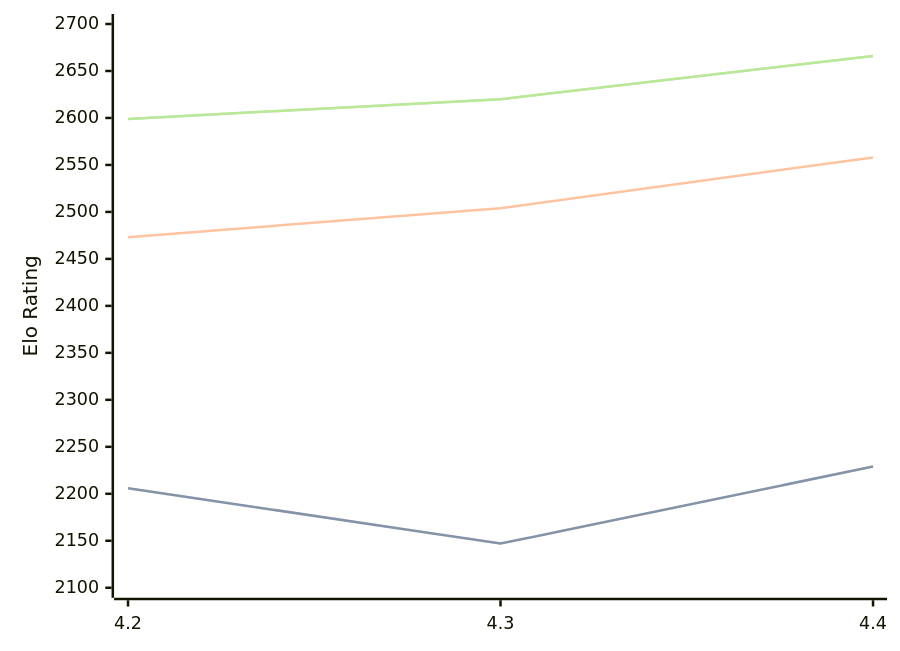
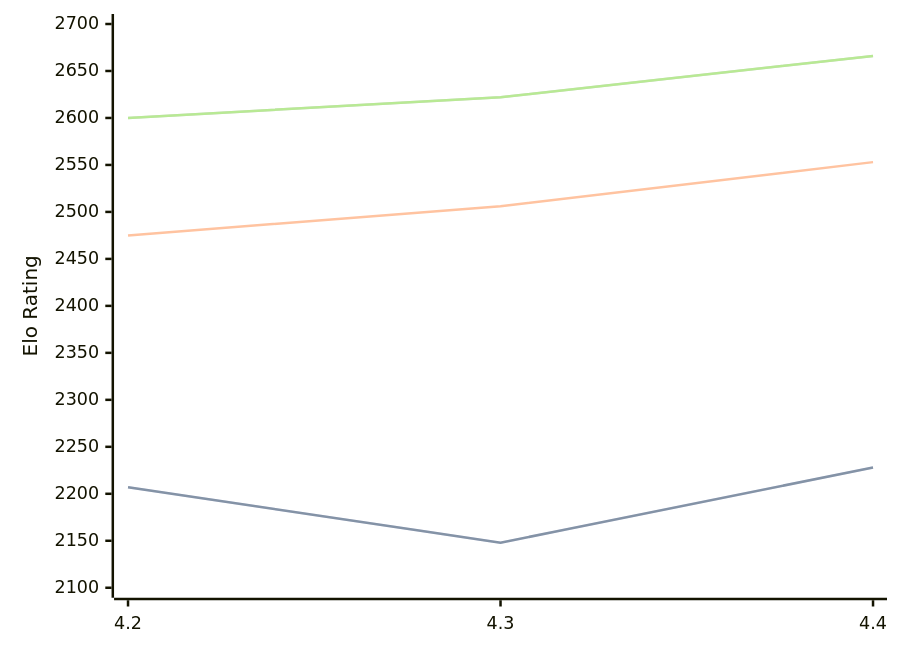
Before and after one commit to computer-chess-index/cci: the diagram in engines/Eubos.md, drawn with Mermaid. The commit also changed other lines of this file, not shown here.

Commit message:
Update CCI Ratings (ELO VLTC) - 2026-05-16

````diff
--- a/engines/Eubos.md
+++ b/engines/Eubos.md
@@ -89,11 +89,11 @@
 ```mermaid
 %%{init: {"theme":"base","themeVariables":{"seriesColors:['#a3a3a3','#222221','#faa371']}}}%%
 xychart-beta
   x-axis ["4.2", "4.3", "4.4"]
   y-axis "Elo Rating" 2100 --> 2700
-  line "STC (8.0+0.08s)" [2206, 2147, 2229]
-  line "STC (8.0+0.08s)" [2206, 2147, 2229]
-  line "LTC (60.0+0.60s)" [2473, 2504, 2558]
-  line "VLTC (2m24s+1.12s)" [2599, 2620, 2666]
-  line "VLTC (2m24s+1.12s)" [2599, 2620, 2666]
+  line "STC (8.0+0.08s)" [2207, 2148, 2228]
+  line "STC (8.0+0.08s)" [2207, 2148, 2228]
+  line "LTC (60.0+0.60s)" [2475, 2506, 2553]
+  line "VLTC (2m24s+1.12s)" [2600, 2622, 2666]
+  line "VLTC (2m24s+1.12s)" [2600, 2622, 2666]
 ```
````
